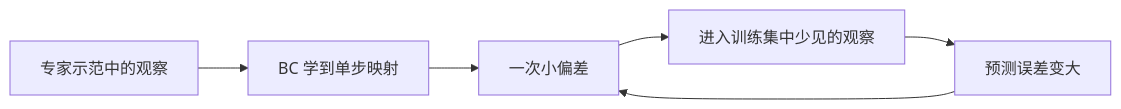
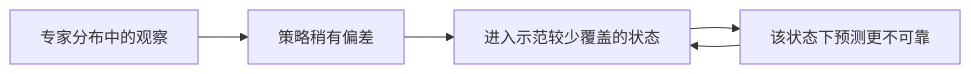
The second of 4 diagrams in 00-foundations/notes/00-基础概念.md (YangLee019/VLA-Learning), drawn with Mermaid before and after one commit. The commit also changed other lines of this file and 5 other files, not shown here.

````diff
--- a/00-foundations/notes/00-基础概念.md
+++ b/00-foundations/notes/00-基础概念.md
@@ -32,8 +36,7 @@
 ```mermaid
 flowchart LR
-    D[专家示范中的观察] --> M[BC 学到单步映射]
-    M --> X[一次小偏差]
-    X --> U[进入训练集中少见的观察]
-    U --> Y[预测误差变大]
-    Y --> X
+    E[专家分布中的观察] --> A[策略稍有偏差]
+    A --> U[进入示范较少覆盖的状态]
+    U --> B[该状态下预测更不可靠]
+    B --> U
 ```
````
